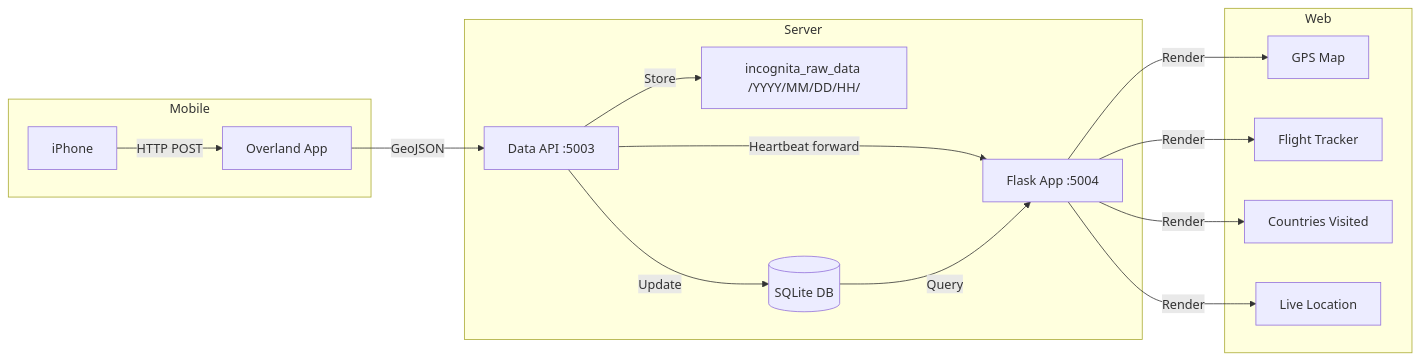
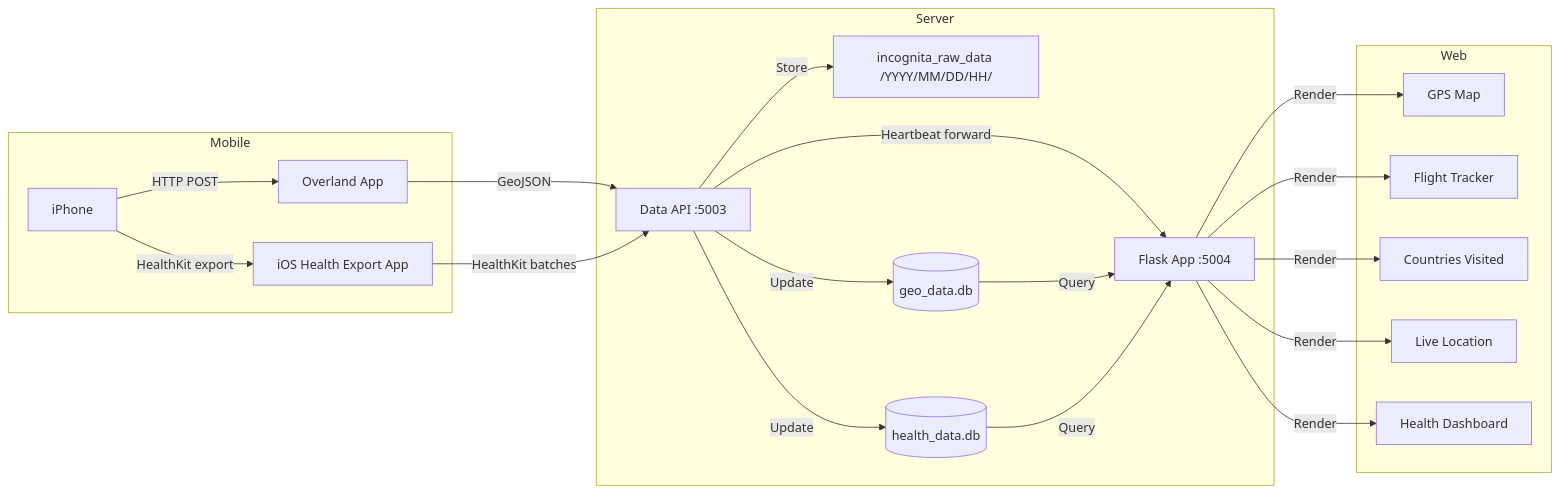
Before and after one commit to momonala/incognita: the diagram in README.md, drawn with Mermaid. The commit also changed other lines of this file and 1 other file, not shown here.

````diff
--- a/README.md
+++ b/README.md
@@ -22,19 +115,24 @@
 ```mermaid
 flowchart LR
     subgraph Mobile
         iPhone[iPhone] -->|HTTP POST| Overland[Overland App]
+        iPhone -->|HealthKit export| HKApp[iOS Health Export App]
     end
     subgraph Server
         Overland -->|GeoJSON| DataAPI[Data API :5003]
+        HKApp -->|HealthKit batches| DataAPI
         DataAPI -->|Store| Files[incognita_raw_data /YYYY/MM/DD/HH/]
-        DataAPI -->|Update| DB[(SQLite DB)]
+        DataAPI -->|Update| DB[(geo_data.db)]
+        DataAPI -->|Update| HealthDB[(health_data.db)]
         DataAPI -->|Heartbeat forward| WebApp
     end
     subgraph Web
         DB -->|Query| WebApp[Flask App :5004]
+        HealthDB -->|Query| WebApp
         WebApp -->|Render| GPS[GPS Map]
         WebApp -->|Render| Flights[Flight Tracker]
         WebApp -->|Render| Passport[Countries Visited]
         WebApp -->|Render| Live[Live Location]
+        WebApp -->|Render| Health[Health Dashboard]
     end
 ```
````
